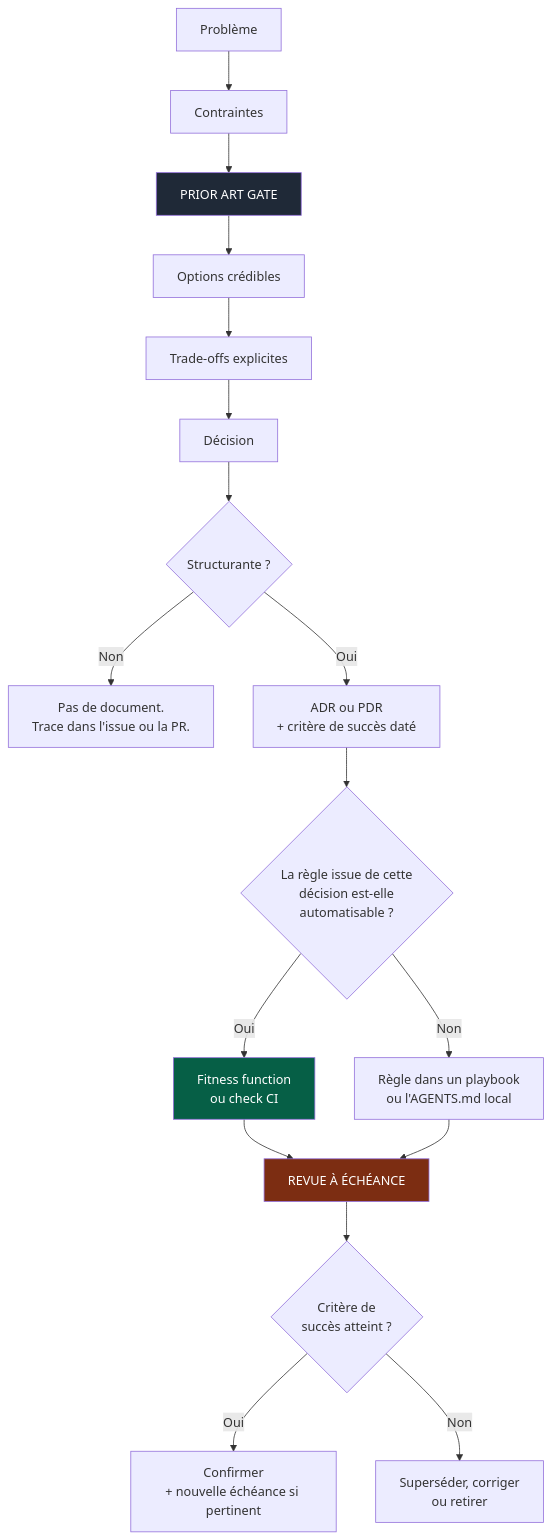
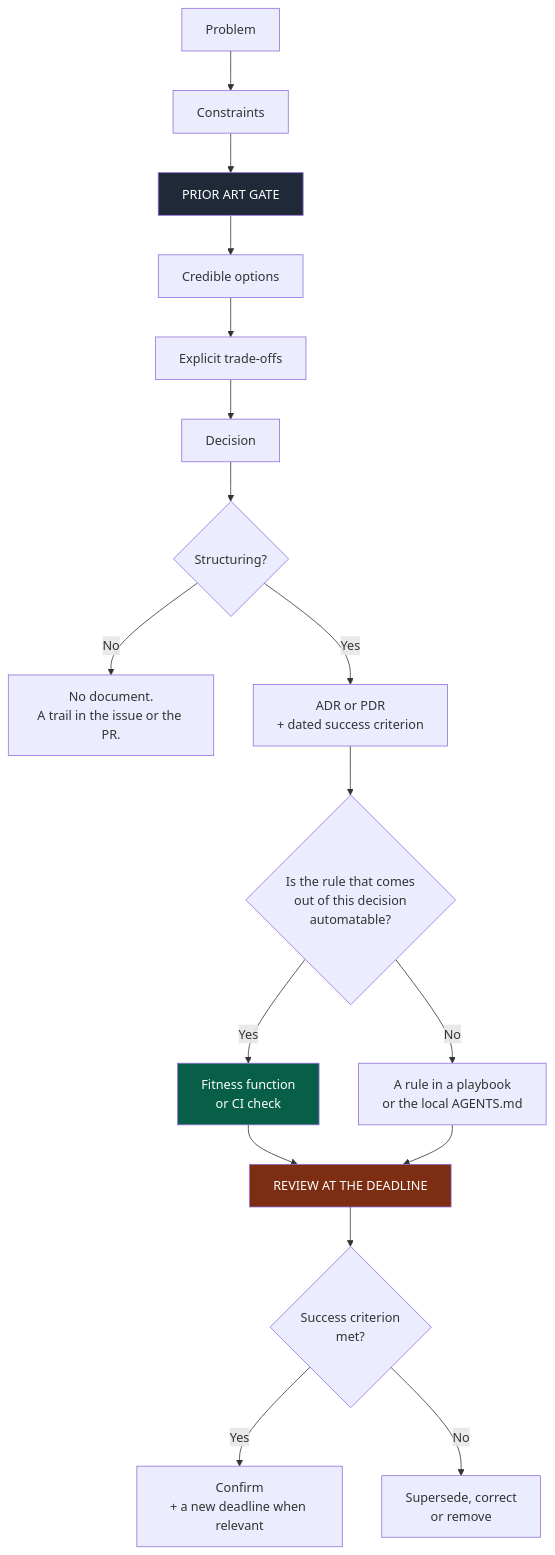
The second of 2 diagrams in skeleton/docs/os/06-decisions.md (NapkinStack/engineering-os), drawn with Mermaid before and after one commit. The commit also changed other lines of this file and 87 other files, not shown here.

````diff
--- a/skeleton/docs/os/06-decisions.md
+++ b/skeleton/docs/os/06-decisions.md
@@ -192,24 +189,24 @@
 ```mermaid
 flowchart TD
-    P["Problème"] --> C["Contraintes"]
+    P["Problem"] --> C["Constraints"]
     C --> PA["PRIOR ART GATE"]
-    PA --> O["Options crédibles"]
-    O --> T["Trade-offs explicites"]
-    T --> D["Décision"]
-    D --> R{"Structurante ?"}
-    R -->|Non| X["Pas de document.<br/>Trace dans l'issue ou la PR."]
-    R -->|Oui| DOC["ADR ou PDR<br/>+ critère de succès daté"]
-    DOC --> A{"La règle issue de cette<br/>décision est-elle<br/>automatisable ?"}
-    A -->|Oui| AU["Fitness function<br/>ou check CI"]
-    A -->|Non| AU2["Règle dans un playbook<br/>ou l'AGENTS.md local"]
+    PA --> O["Credible options"]
+    O --> T["Explicit trade-offs"]
+    T --> D["Decision"]
+    D --> R{"Structuring?"}
+    R -->|No| X["No document.<br/>A trail in the issue or the PR."]
+    R -->|Yes| DOC["ADR or PDR<br/>+ dated success criterion"]
+    DOC --> A{"Is the rule that comes<br/>out of this decision<br/>automatable?"}
+    A -->|Yes| AU["Fitness function<br/>or CI check"]
+    A -->|No| AU2["A rule in a playbook<br/>or the local AGENTS.md"]
 
-    AU --> REV["REVUE À ÉCHÉANCE"]
+    AU --> REV["REVIEW AT THE DEADLINE"]
     AU2 --> REV
-    REV --> REV1{"Critère de<br/>succès atteint ?"}
-    REV1 -->|Oui| CONF["Confirmer<br/>+ nouvelle échéance si pertinent"]
-    REV1 -->|Non| SUP["Superséder, corriger<br/>ou retirer"]
+    REV --> REV1{"Success criterion<br/>met?"}
+    REV1 -->|Yes| CONF["Confirm<br/>+ a new deadline when relevant"]
+    REV1 -->|No| SUP["Supersede, correct<br/>or remove"]
 
     style PA fill:#1f2937,color:#fff
     style AU fill:#065f46,color:#fff
     style REV fill:#7c2d12,color:#fff
 ```
````
